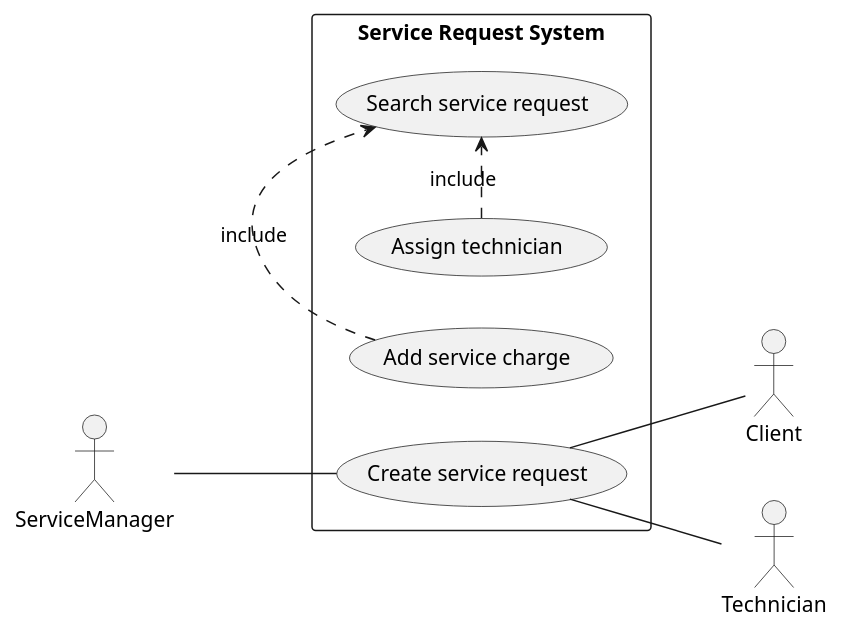
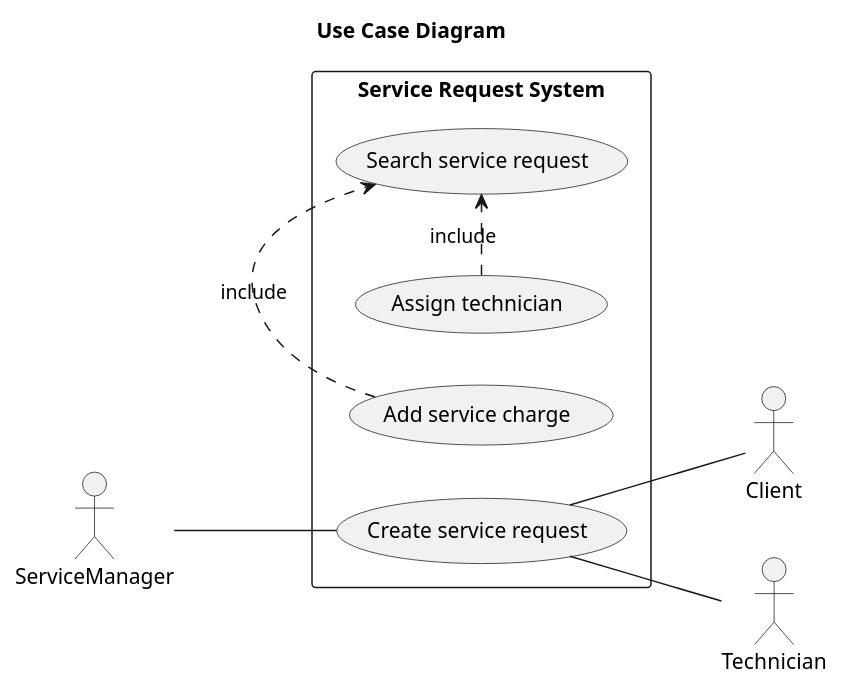
The diagram in UML/UseCaseDiagram/UseCaseDiagram.puml (WLun001/service-request-app), drawn with PlantUML before and after one commit. The commit also changed 4 other files, not shown here.

Commit message:
added title for each diagram

```diff
--- a/UML/UseCaseDiagram/UseCaseDiagram.puml
+++ b/UML/UseCaseDiagram/UseCaseDiagram.puml
@@ -1,15 +1,16 @@
 @startuml
+title Use Case Diagram
 left to right direction
 skinparam packageStyle rectangle
 actor ServiceManager
 actor Client
 actor Technician
 rectangle  "Service Request System"{
  ServiceManager -- (Create service request)
  (Create service request) -- Client
  (Create service request) -- Technician
  (Assign technician) .> (Search service request) : include
  (Add service charge) .> (Search service request) : include
 
 }
 @enduml
```
